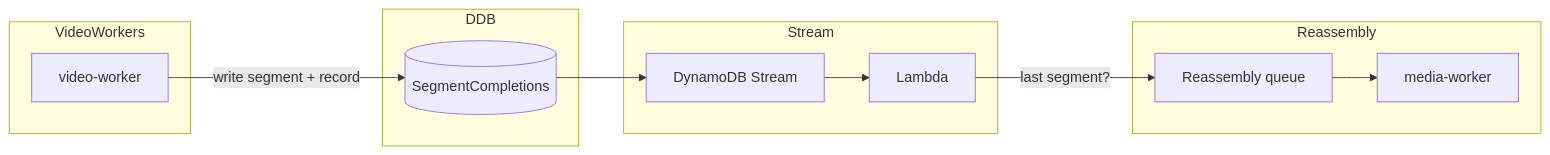
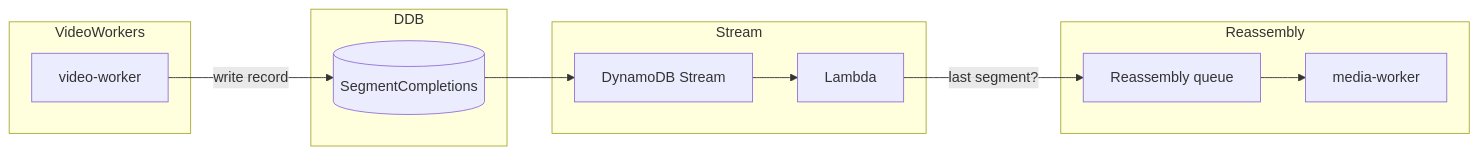
One commit to alexpialetski/stereo-spot changed the fourth of 7 diagrams in ARCHITECTURE.md. Above: the diagram before and after it, drawn with Mermaid. The commit also changed other lines of this file and 21 other files, not shown here.

````diff
--- a/ARCHITECTURE.md
+++ b/ARCHITECTURE.md
@@ -204,23 +208,23 @@
 ```mermaid
 flowchart LR
     subgraph VideoWorkers
         VW[video-worker]
     end
     subgraph DDB
         SC[(SegmentCompletions)]
     end
     subgraph Stream
         DS[DynamoDB Stream]
         Lambda[Lambda]
     end
     subgraph Reassembly
         RQ[Reassembly queue]
         RW[media-worker]
     end
 
-    VW -->|write segment + record| SC
+    VW -->|write record| SC
     SC --> DS
     DS --> Lambda
     Lambda -->|last segment?| RQ
     RQ --> RW
 ```
````
